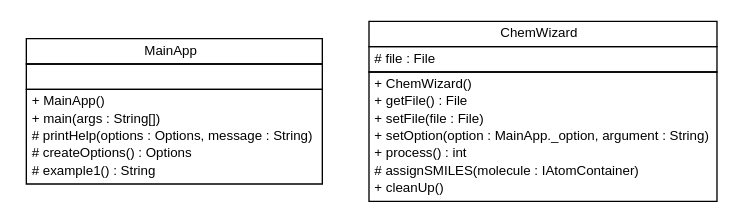
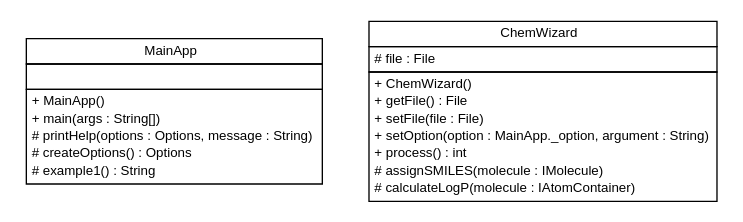
Before and after one commit to ideaconsult/examples-cdk: the diagram in apidocs/net/idea/examples/cdk/maven_single_module/net.idea.examples.cdk.maven_single_module.dot, drawn with Graphviz. The commit also changed 69 other files, not shown here.

```diff
--- a/apidocs/net/idea/examples/cdk/maven_single_module/net.idea.examples.cdk.maven_single_module.dot
+++ b/apidocs/net/idea/examples/cdk/maven_single_module/net.idea.examples.cdk.maven_single_module.dot
@@ -1,44 +1,44 @@
 #!/usr/local/bin/dot
 #
 # Class diagram 
 # Generated by UmlGraph version 4.6 (http://www.spinellis.gr/sw/umlgraph)
 #
 
 digraph G {
 	edge [fontname="arial",fontsize=10,labelfontname="arial",labelfontsize=10];
 	node [fontname="arial",fontsize=10,shape=plaintext];
 	// net.idea.examples.cdk.maven_single_module.MainApp
 	c0 [label=<<table border="0" cellborder="1" cellspacing="0" cellpadding="2" port="p" href="./MainApp.html">
 		<tr><td><table border="0" cellspacing="0" cellpadding="1">
 			<tr><td> MainApp </td></tr>
 		</table></td></tr>
 		<tr><td><table border="0" cellspacing="0" cellpadding="1">
 			<tr><td align="left">  </td></tr>
 		</table></td></tr>
 		<tr><td><table border="0" cellspacing="0" cellpadding="1">
 			<tr><td align="left"> + MainApp() </td></tr>
 			<tr><td align="left"> + main(args : String[]) </td></tr>
 			<tr><td align="left"> # printHelp(options : Options, message : String) </td></tr>
 			<tr><td align="left"> # createOptions() : Options </td></tr>
 			<tr><td align="left"> # example1() : String </td></tr>
 		</table></td></tr>
 		</table>>, fontname="arial", fontcolor="black", fontsize=10.0];
 	// net.idea.examples.cdk.maven_single_module.ChemWizard
 	c1 [label=<<table border="0" cellborder="1" cellspacing="0" cellpadding="2" port="p" href="./ChemWizard.html">
 		<tr><td><table border="0" cellspacing="0" cellpadding="1">
 			<tr><td> ChemWizard </td></tr>
 		</table></td></tr>
 		<tr><td><table border="0" cellspacing="0" cellpadding="1">
 			<tr><td align="left"> # file : File </td></tr>
 		</table></td></tr>
 		<tr><td><table border="0" cellspacing="0" cellpadding="1">
 			<tr><td align="left"> + ChemWizard() </td></tr>
 			<tr><td align="left"> + getFile() : File </td></tr>
 			<tr><td align="left"> + setFile(file : File) </td></tr>
 			<tr><td align="left"> + setOption(option : MainApp._option, argument : String) </td></tr>
 			<tr><td align="left"> + process() : int </td></tr>
-			<tr><td align="left"> # assignSMILES(molecule : IAtomContainer) </td></tr>
-			<tr><td align="left"> + cleanUp() </td></tr>
+			<tr><td align="left"> # assignSMILES(molecule : IMolecule) </td></tr>
+			<tr><td align="left"> # calculateLogP(molecule : IAtomContainer) </td></tr>
 		</table></td></tr>
 		</table>>, fontname="arial", fontcolor="black", fontsize=10.0];
 }
```
